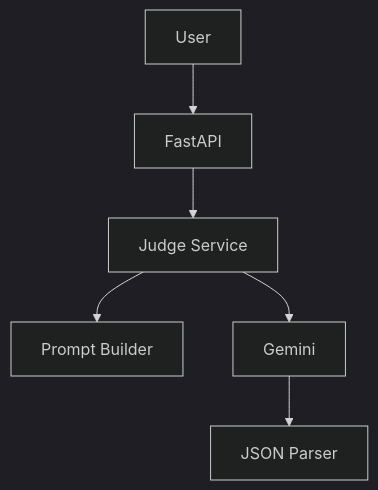
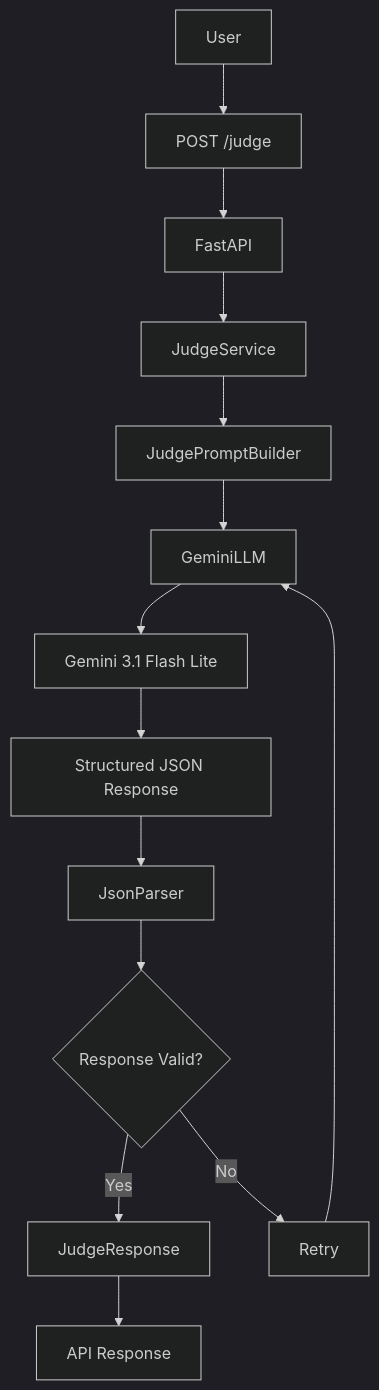
Before and after one commit to jayant-abhinav/genai-engineering-assignment: the second of 3 diagrams in README.md, drawn with Mermaid (dark theme). The commit also changed other lines of this file and 3 other files, not shown here.

````diff
--- a/README.md
+++ b/README.md
@@ -136,21 +137,30 @@
 ```mermaid
 flowchart TD
 
-A[User]
+    A[User]
+    A --> B["POST /judge"]
 
-B[FastAPI]
+    B --> C[FastAPI]
 
-C[Judge Service]
+    C --> D[JudgeService]
 
-D[Prompt Builder]
+    D --> E[JudgePromptBuilder]
 
-E[Gemini]
+    E --> F[GeminiLLM]
 
-F[JSON Parser]
+    F --> G["Gemini 3.1 Flash Lite"]
 
-A --> B
-B --> C
-C --> D
-C --> E
-E --> F
+    G --> H["Structured JSON Response"]
+
+    H --> I[JsonParser]
+
+    I --> J{"Response Valid?"}
+
+    J -- Yes --> K[JudgeResponse]
+
+    K --> L["API Response"]
+
+    J -- No --> M[Retry]
+
+    M --> F
 ```
````
